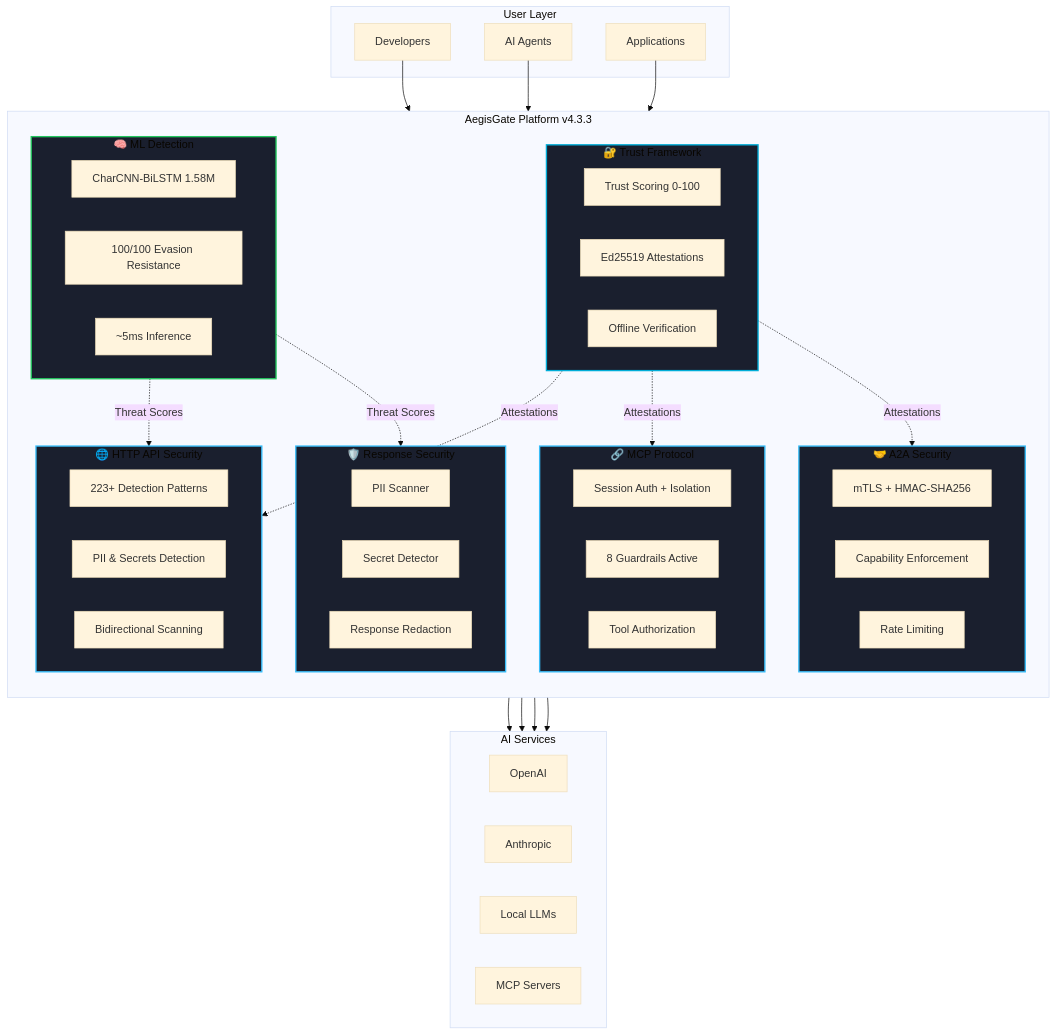
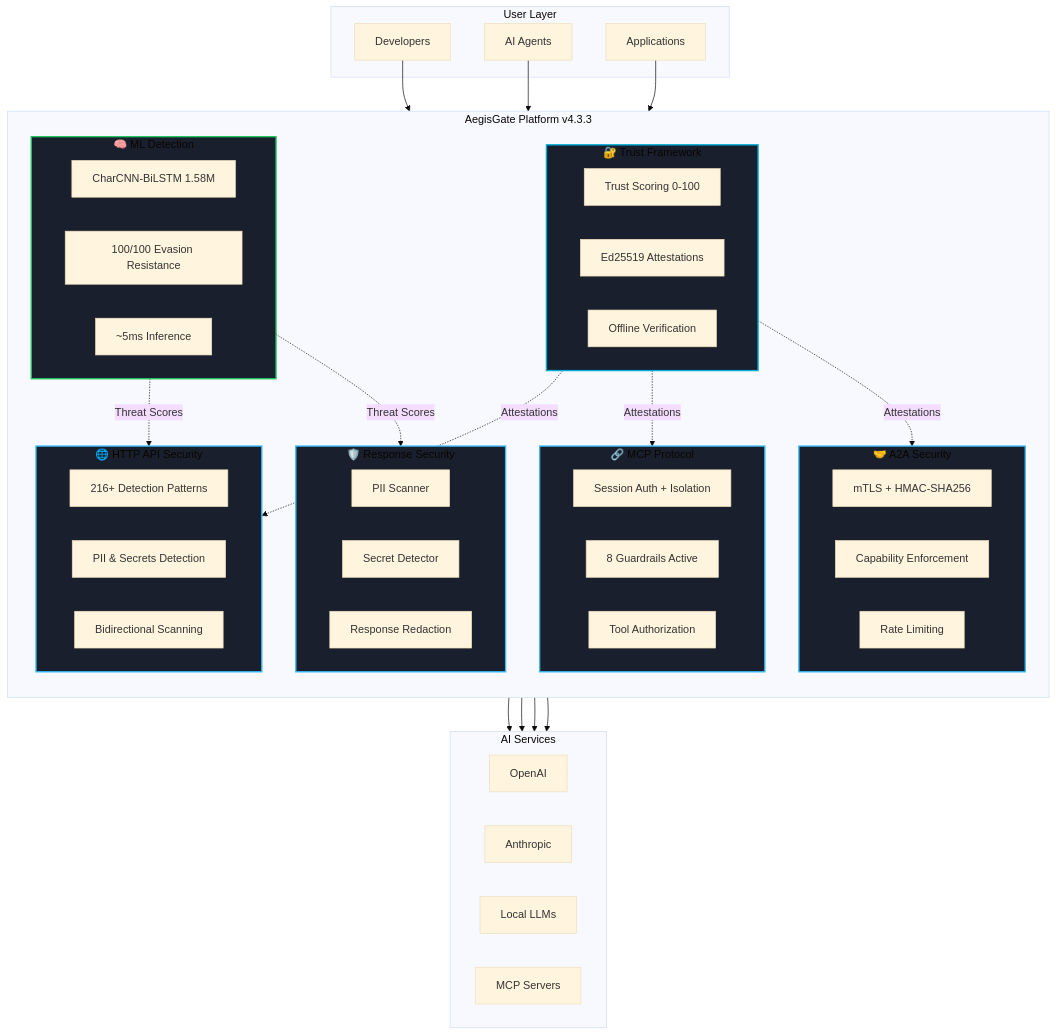
Before and after one commit to aegisgatesecurity/aegisgate-site: the first of 2 diagrams in content/platform/_index.md, drawn with Mermaid (base theme). The commit also changed other lines of this file and 15 other files, not shown here.

```diff
--- a/content/platform/_index.md
+++ b/content/platform/_index.md
@@ -143,77 +143,77 @@
 {{< mermaid >}}
 flowchart TD
     subgraph UserLayer["User Layer"]
         A[Developers]
         B[AI Agents]
         C[Applications]
     end
 
     subgraph Platform["AegisGate Platform v4.3.3"]
         direction TB
         
         subgraph Pillar1["🌐 HTTP API Security"]
-            P1[223+ Detection Patterns]
+            P1[216+ Detection Patterns]
             P1a[PII & Secrets Detection]
             P1b[Bidirectional Scanning]
         end
         
         subgraph Pillar2["🔗 MCP Protocol"]
             P2[Session Auth + Isolation]
             P2a[8 Guardrails Active]
             P2b[Tool Authorization]
         end
         
         subgraph Pillar3["🤝 A2A Security"]
             P3[mTLS + HMAC-SHA256]
             P3a[Capability Enforcement]
             P3b[Rate Limiting]
         end
         
         subgraph Pillar4["🛡️ Response Security"]
             P4[PII Scanner]
             P4a[Secret Detector]
             P4b[Response Redaction]
         end
         
         subgraph Pillar5["🔐 Trust Framework"]
             P5[Trust Scoring 0-100]
             P5a[Ed25519 Attestations]
             P5b[Offline Verification]
         end
         
         subgraph Pillar6["🧠 ML Detection"]
             P6[CharCNN-BiLSTM 1.58M]
             P6a[100/100 Evasion Resistance]
             P6b[~5ms Inference]
         end
     end
 
     subgraph Output["AI Services"]
         D[OpenAI]
         E[Anthropic]
         F[Local LLMs]
         G[MCP Servers]
     end
 
     A --> Platform
     B --> Platform
     C --> Platform
     
     Pillar1 --> Output
     Pillar2 --> Output
     Pillar3 --> Output
     Pillar4 --> Output
     
     Pillar5 -.->|Attestations| Pillar1
     Pillar5 -.->|Attestations| Pillar2
     Pillar5 -.->|Attestations| Pillar3
     Pillar6 -.->|Threat Scores| Pillar1
     Pillar6 -.->|Threat Scores| Pillar4
 
     style Pillar1 fill:#1a1f2e,stroke:#38bdf8,stroke-width:2px
     style Pillar2 fill:#1a1f2e,stroke:#38bdf8,stroke-width:2px
     style Pillar3 fill:#1a1f2e,stroke:#38bdf8,stroke-width:2px
     style Pillar4 fill:#1a1f2e,stroke:#38bdf8,stroke-width:2px
     style Pillar5 fill:#1a1f2e,stroke:#00ADD8,stroke-width:2px
     style Pillar6 fill:#1a1f2e,stroke:#22c55e,stroke-width:2px
 {{< /mermaid >}}
```
